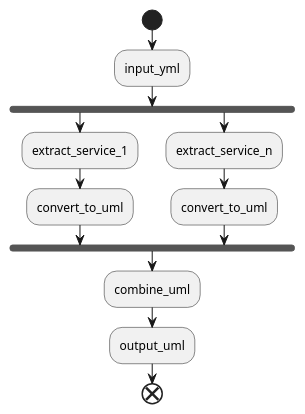
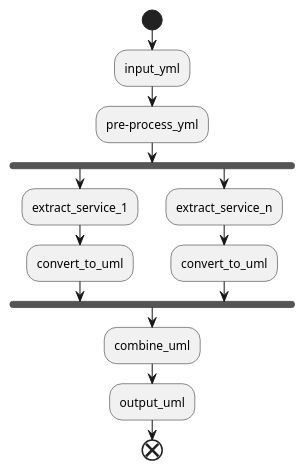
The diagram in meta_process/meta_process.md (tomohiro-noda/docker-uml-converter), drawn with PlantUML before and after one commit. The commit also changed 2 other files, not shown here.

Commit message:
refactoring by meta_process

````diff
--- a/meta_process/meta_process.md
+++ b/meta_process/meta_process.md
@@ -1,15 +1,15 @@
 ```puml
 start
 :input_yml;
+:pre-process_yml;
 fork
 :extract_service_1;
 :convert_to_uml;
 fork again
 :extract_service_n;
-
 :convert_to_uml;
 end fork
 :combine_uml;
 :output_uml;
 end
 ```
````
